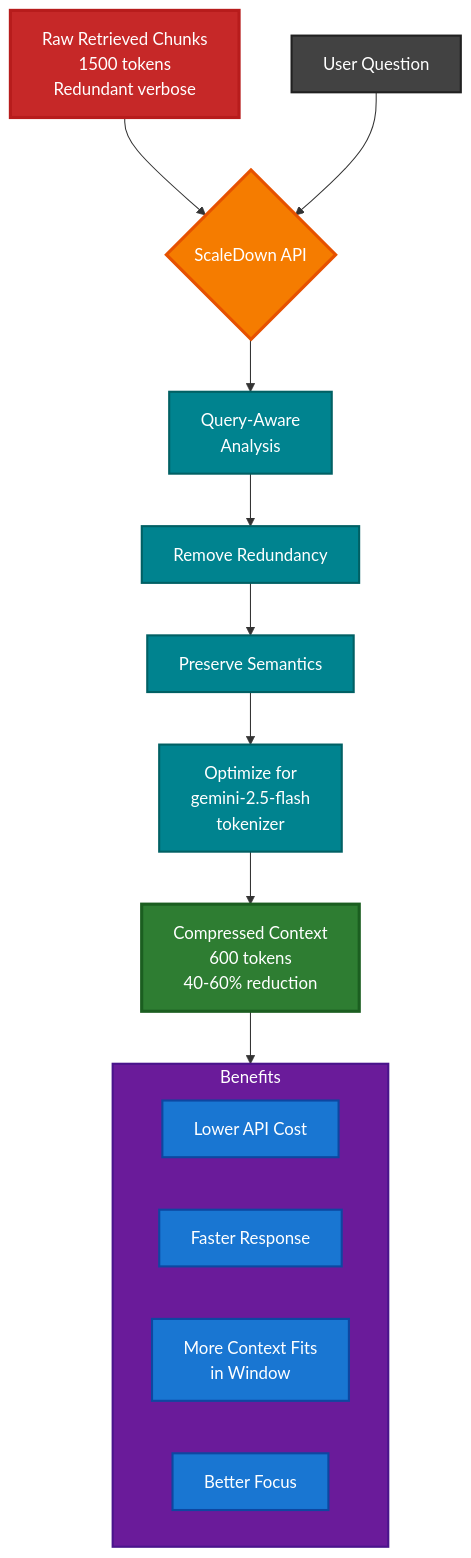
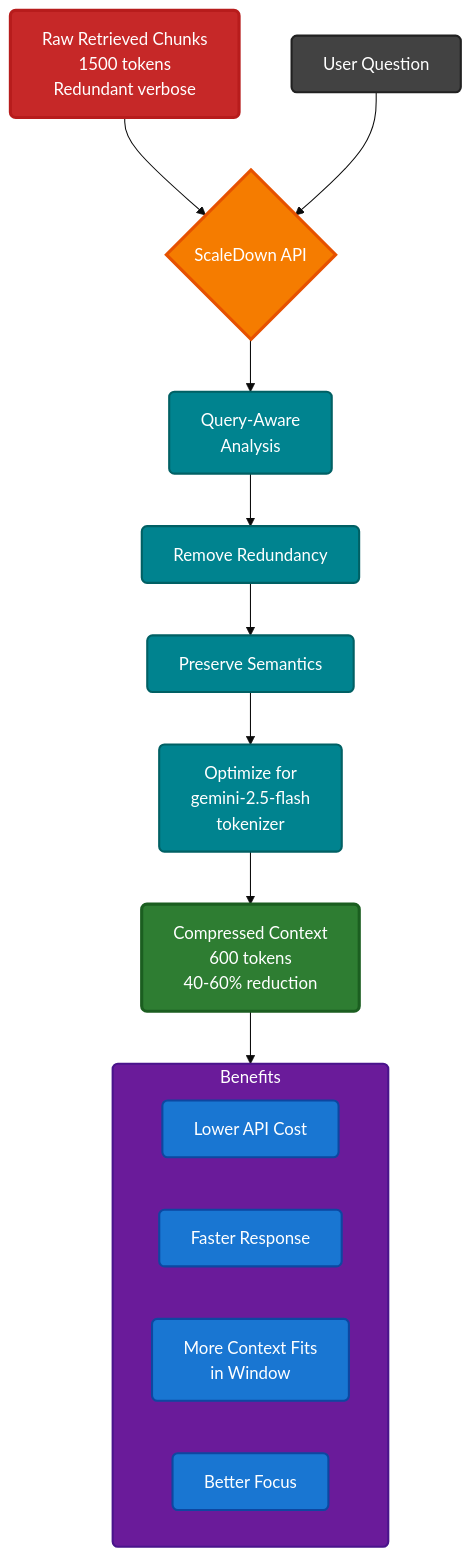
One commit to invaderinvalid/RAG changed the sixth of 8 diagrams in README.md. Above: the diagram before and after it, drawn with Mermaid. The commit also changed other lines of this file, not shown here.

````diff
--- a/README.md
+++ b/README.md
@@ -519,36 +513,37 @@
 ```mermaid
+%%{init: {'theme':'base','themeVariables':{'fontFamily':'sans-serif'}}}%%
 flowchart TD
     Raw[Raw Retrieved Chunks<br/>1500 tokens<br/>Redundant verbose] --> SD{ScaleDown API}
     
     Query[User Question] --> SD
     SD --> Analyze[Query-Aware<br/>Analysis]
     
     Analyze --> Remove[Remove Redundancy]
     Remove --> Preserve[Preserve Semantics]
     Preserve --> Optimize[Optimize for<br/>gemini-2.5-flash<br/>tokenizer]
     
     Optimize --> Compressed[Compressed Context<br/>600 tokens<br/>40-60% reduction]
     
     Compressed --> Benefits
     
     subgraph Benefits [Benefits]
         B1[Lower API Cost]
         B2[Faster Response]
         B3[More Context Fits<br/>in Window]
         B4[Better Focus]
     end
     
-    style Raw fill:#c62828,stroke:#b71c1c,stroke-width:3px,color:#fff
-    style Query fill:#424242,stroke:#212121,stroke-width:2px,color:#fff
-    style Compressed fill:#2e7d32,stroke:#1b5e20,stroke-width:3px,color:#fff
-    style SD fill:#f57c00,stroke:#e65100,stroke-width:3px,color:#fff
-    style Analyze fill:#00838f,stroke:#006064,stroke-width:2px,color:#fff
-    style Remove fill:#00838f,stroke:#006064,stroke-width:2px,color:#fff
-    style Preserve fill:#00838f,stroke:#006064,stroke-width:2px,color:#fff
-    style Optimize fill:#00838f,stroke:#006064,stroke-width:2px,color:#fff
-    style Benefits fill:#6a1b9a,stroke:#4a148c,stroke-width:2px,color:#fff
-    style B1 fill:#1976d2,stroke:#0d47a1,stroke-width:2px,color:#fff
-    style B2 fill:#1976d2,stroke:#0d47a1,stroke-width:2px,color:#fff
-    style B3 fill:#1976d2,stroke:#0d47a1,stroke-width:2px,color:#fff
-    style B4 fill:#1976d2,stroke:#0d47a1,stroke-width:2px,color:#fff
+    style Raw fill:#c62828,stroke:#b71c1c,stroke-width:3px,color:#fff,rx:5,ry:5
+    style Query fill:#424242,stroke:#212121,stroke-width:2px,color:#fff,rx:5,ry:5
+    style Compressed fill:#2e7d32,stroke:#1b5e20,stroke-width:3px,color:#fff,rx:5,ry:5
+    style SD fill:#f57c00,stroke:#e65100,stroke-width:3px,color:#fff,rx:5,ry:5
+    style Analyze fill:#00838f,stroke:#006064,stroke-width:2px,color:#fff,rx:5,ry:5
+    style Remove fill:#00838f,stroke:#006064,stroke-width:2px,color:#fff,rx:5,ry:5
+    style Preserve fill:#00838f,stroke:#006064,stroke-width:2px,color:#fff,rx:5,ry:5
+    style Optimize fill:#00838f,stroke:#006064,stroke-width:2px,color:#fff,rx:5,ry:5
+    style Benefits fill:#6a1b9a,stroke:#4a148c,stroke-width:2px,color:#fff,rx:5,ry:5
+    style B1 fill:#1976d2,stroke:#0d47a1,stroke-width:2px,color:#fff,rx:5,ry:5
+    style B2 fill:#1976d2,stroke:#0d47a1,stroke-width:2px,color:#fff,rx:5,ry:5
+    style B3 fill:#1976d2,stroke:#0d47a1,stroke-width:2px,color:#fff,rx:5,ry:5
+    style B4 fill:#1976d2,stroke:#0d47a1,stroke-width:2px,color:#fff,rx:5,ry:5
 ```
````
